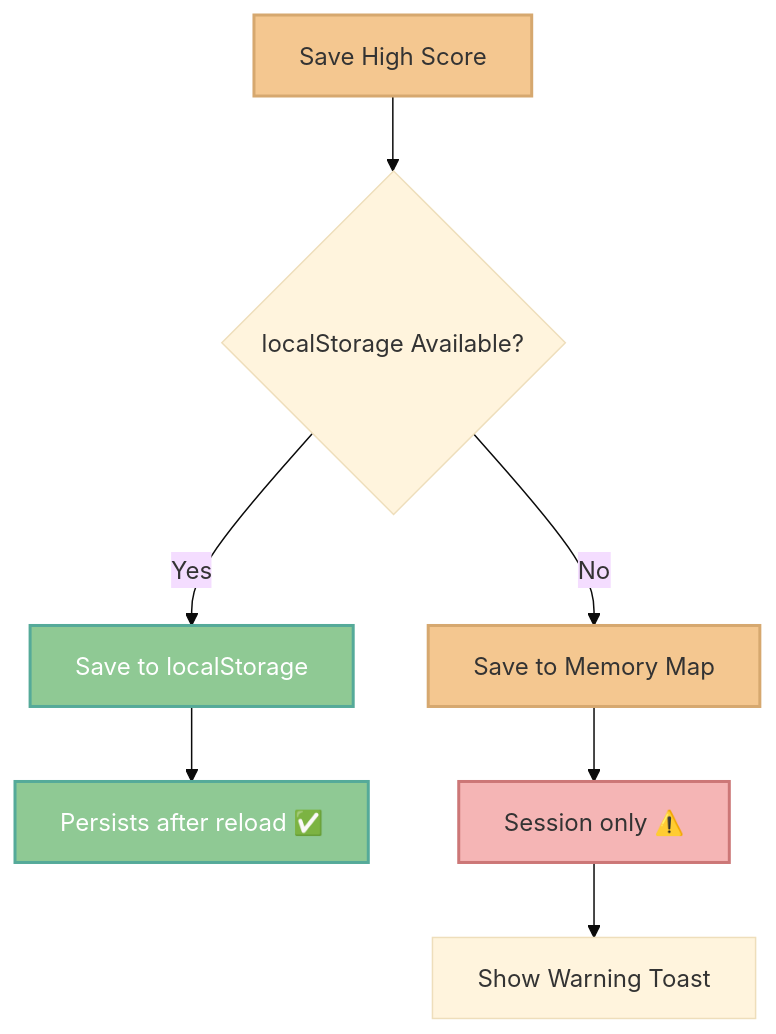
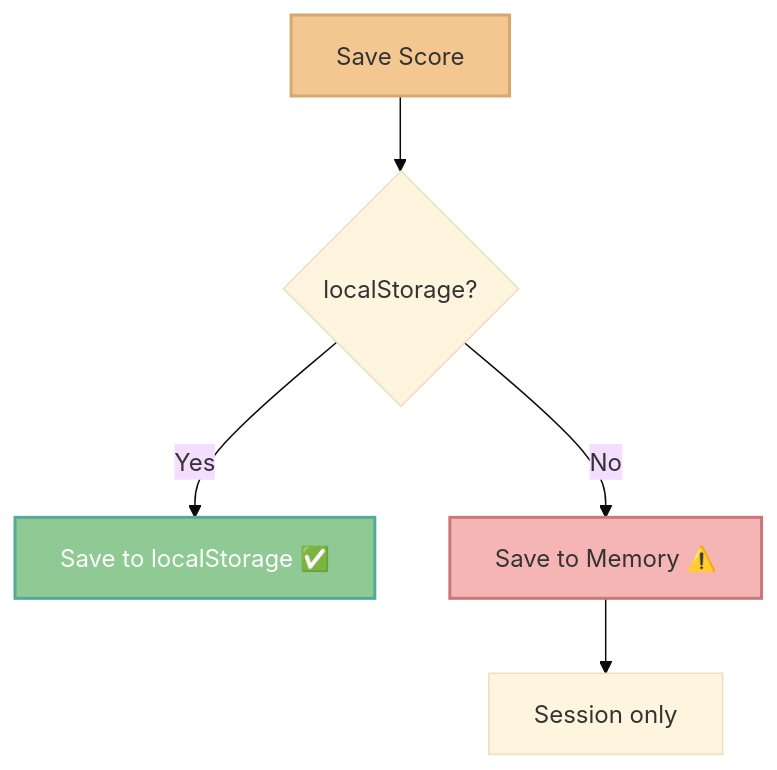
One commit to KevOneRedOne/Simplistic-Tetris changed the third of 3 diagrams in docs/MOBILE-FEATURES.md. Above: the diagram before and after it, drawn with Mermaid (base theme). The commit also changed other lines of this file, not shown here.

````diff
--- a/docs/MOBILE-FEATURES.md
+++ b/docs/MOBILE-FEATURES.md
@@ -329,17 +130,11 @@
 ```mermaid
 graph TD
-    A[Save High Score] --> B{localStorage Available?}
-    B -->|Yes| C[Save to localStorage]
-    B -->|No| D[Save to Memory Map]
-    
-    C --> E[Persists after reload ✅]
-    D --> F[Session only ⚠️]
-    
-    F --> G[Show Warning Toast]
+    A[Save Score] --> B{localStorage?}
+    B -->|Yes| C[Save to localStorage ✅]
+    B -->|No| D[Save to Memory ⚠️]
+    D --> E[Session only]
     
     style A fill:#f4c790,stroke:#d6a86f,stroke-width:2px,color:#333
     style C fill:#8fc994,stroke:#5a9,stroke-width:2px,color:#fff
-    style D fill:#f4c790,stroke:#d6a86f,stroke-width:2px,color:#333
-    style E fill:#8fc994,stroke:#5a9,stroke-width:2px,color:#fff
-    style F fill:#f5b5b5,stroke:#c77,stroke-width:2px,color:#333
+    style D fill:#f5b5b5,stroke:#c77,stroke-width:2px,color:#333
 ```
````
